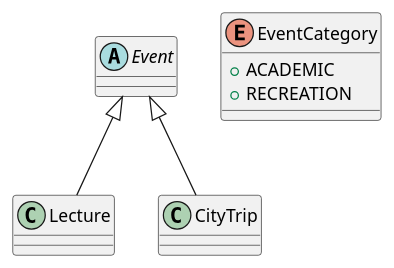
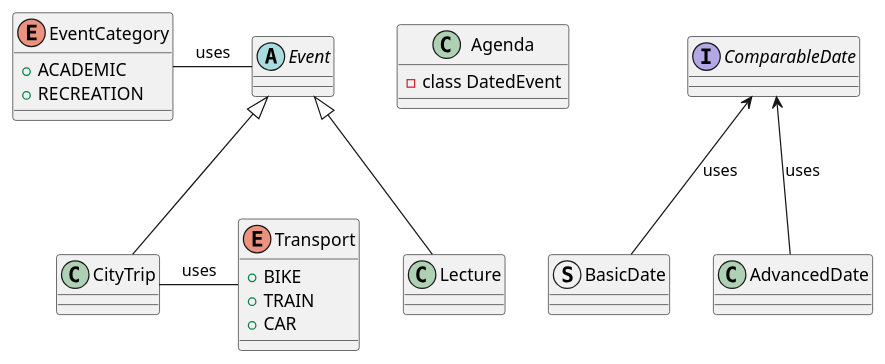
Before and after one commit to FlorDM7/OGP: the diagram in Oefenzitting5/Classdiagram.puml, drawn with PlantUML. The commit also changed 1 other file, not shown here.

Commit message:
Updated class diagram oefenzitting 5

```diff
--- a/Oefenzitting5/Classdiagram.puml
+++ b/Oefenzitting5/Classdiagram.puml
@@ -1,20 +1,39 @@
 @startuml
 
 abstract Event{
 }
 
 class Lecture{
 }
 
 class CityTrip{
 }
 
 enum EventCategory{
 +ACADEMIC
 +RECREATION
 }
 
+enum Transport{
++BIKE
++TRAIN
++CAR
+}
+
+class Agenda{
+- class DatedEvent
+}
+
+struct BasicDate
+
+class AdvancedDate
+
+interface ComparableDate
+
+EventCategory - Event : uses
 Event <|-- Lecture
 Event <|-- CityTrip
-
+ComparableDate <-- BasicDate : uses
+ComparableDate <-- AdvancedDate : uses
+Transport - CityTrip: uses
 @enduml
```
